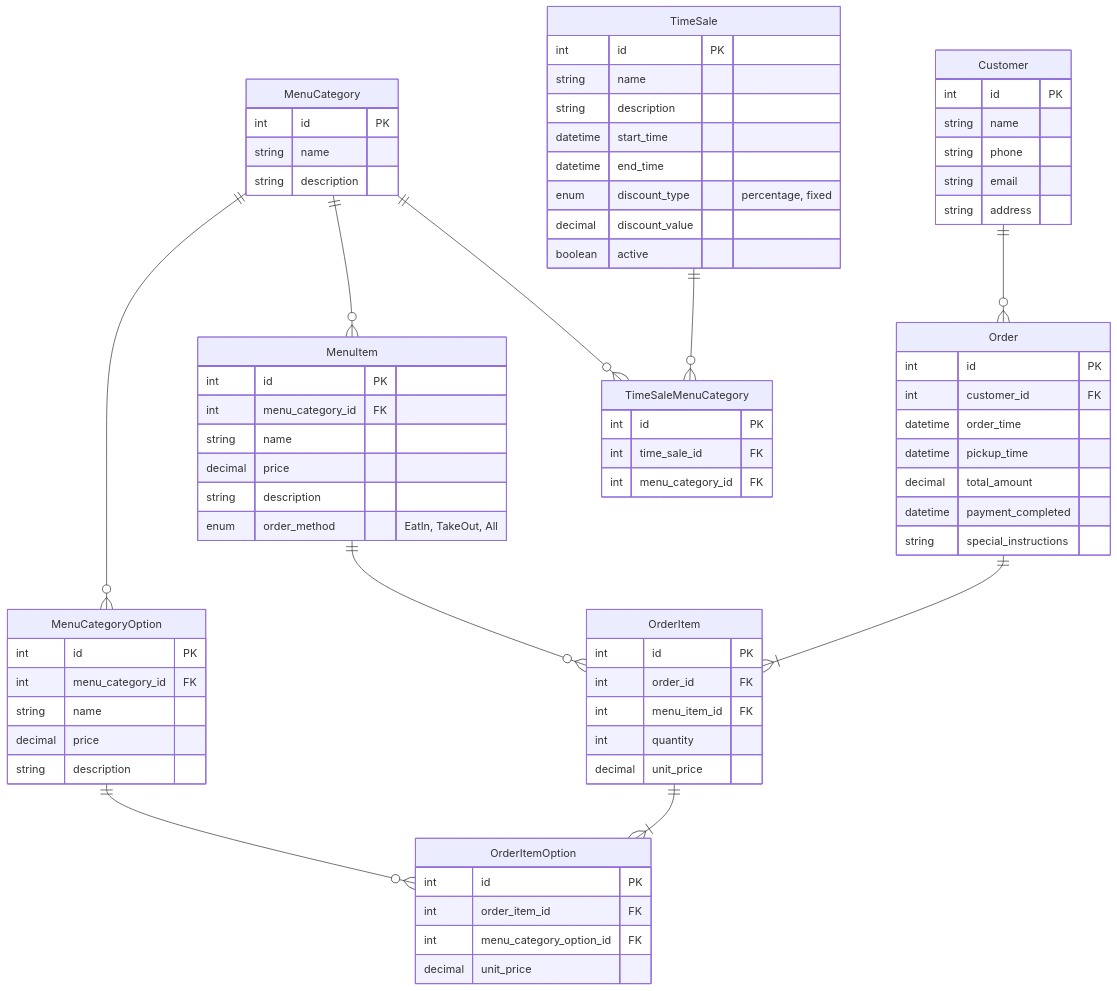
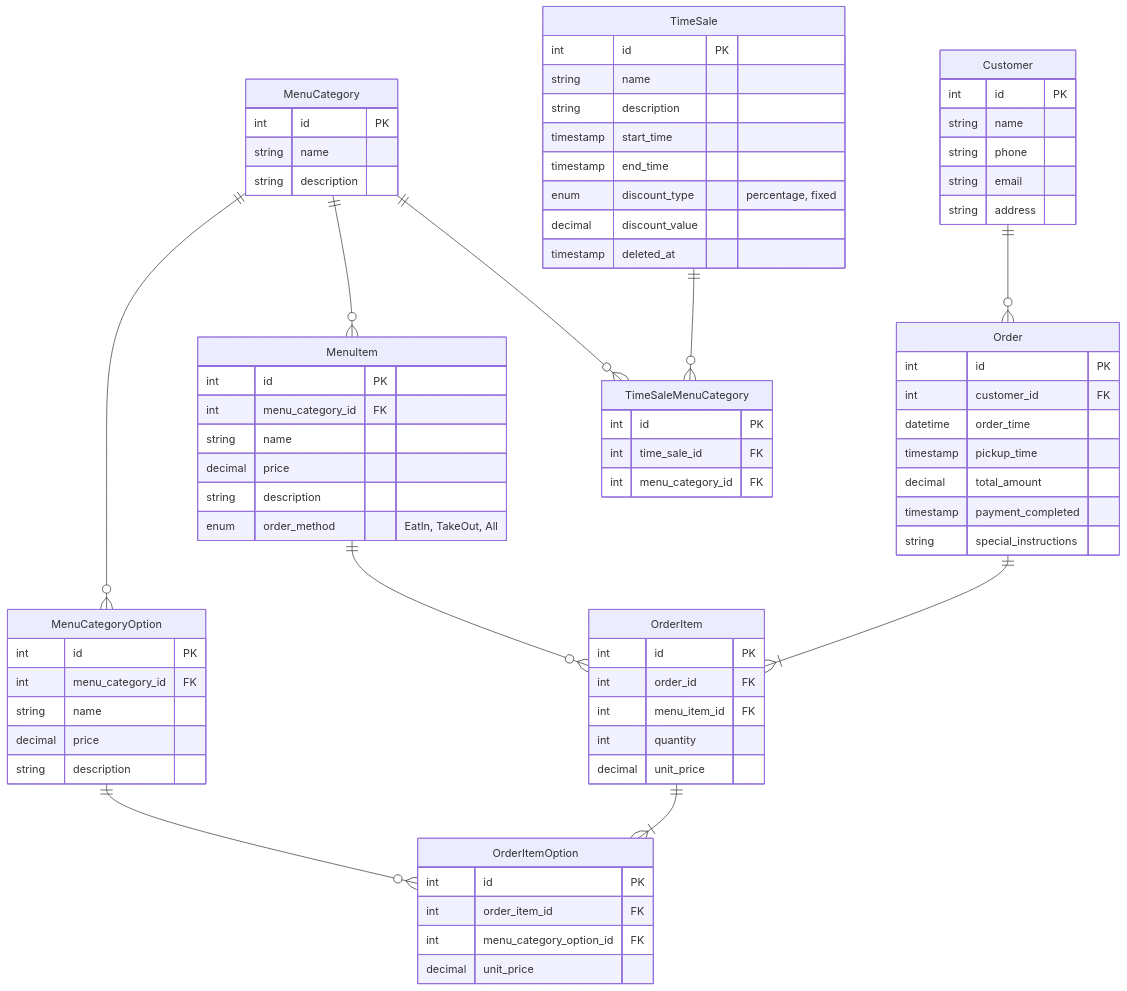
Before and after one commit to daiki-tadokoro/praha-challenge: the diagram in Database/01_modeling/課題3.md, drawn with Mermaid. The commit also changed other lines of this file, not shown here.

```diff
--- a/Database/01_modeling/課題3.md
+++ b/Database/01_modeling/課題3.md
@@ -26,9 +26,9 @@
         int id PK
         int customer_id FK
         datetime order_time
-        datetime pickup_time
+        timestamp pickup_time
         decimal total_amount
-        datetime payment_completed
+        timestamp payment_completed
         string special_instructions
     }
 
@@ -74,11 +74,11 @@
         int id PK
         string name
         string description
-        datetime start_time
-        datetime end_time
+        timestamp start_time
+        timestamp end_time
         enum discount_type "percentage, fixed"
         decimal discount_value
-        boolean active
+        timestamp deleted_at
     }
 
     TimeSaleMenuCategory {
```
